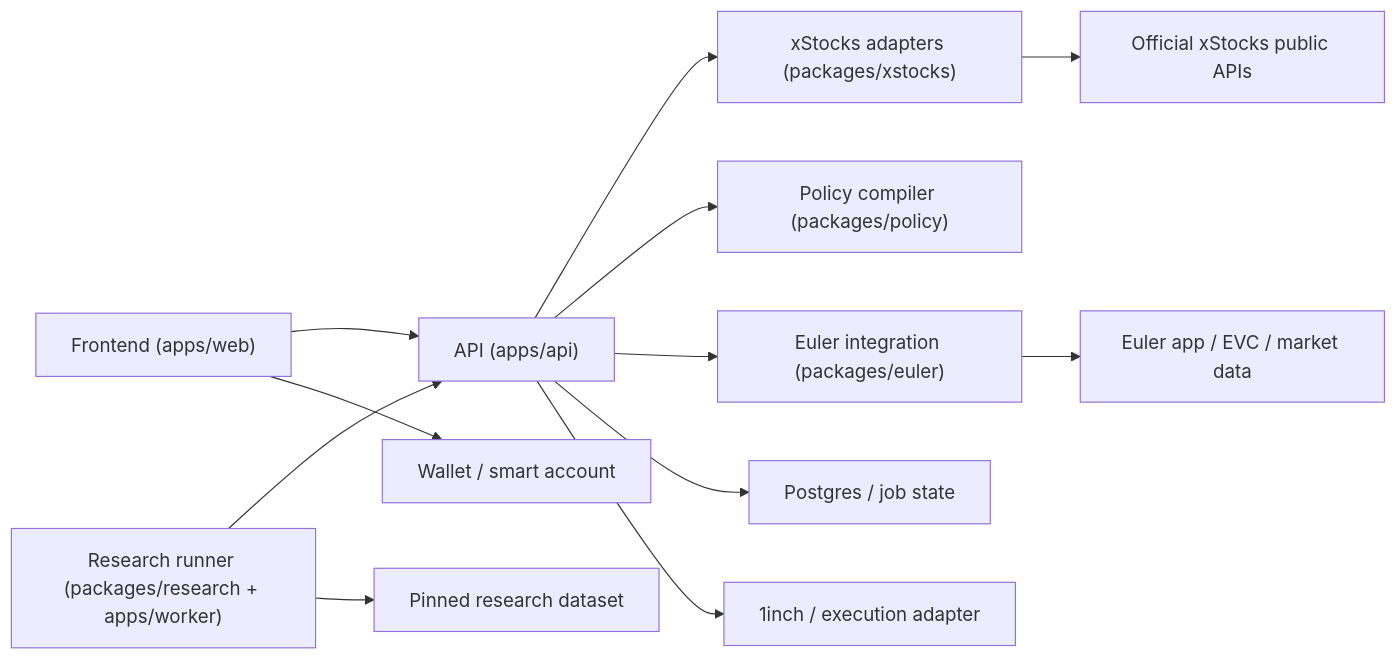
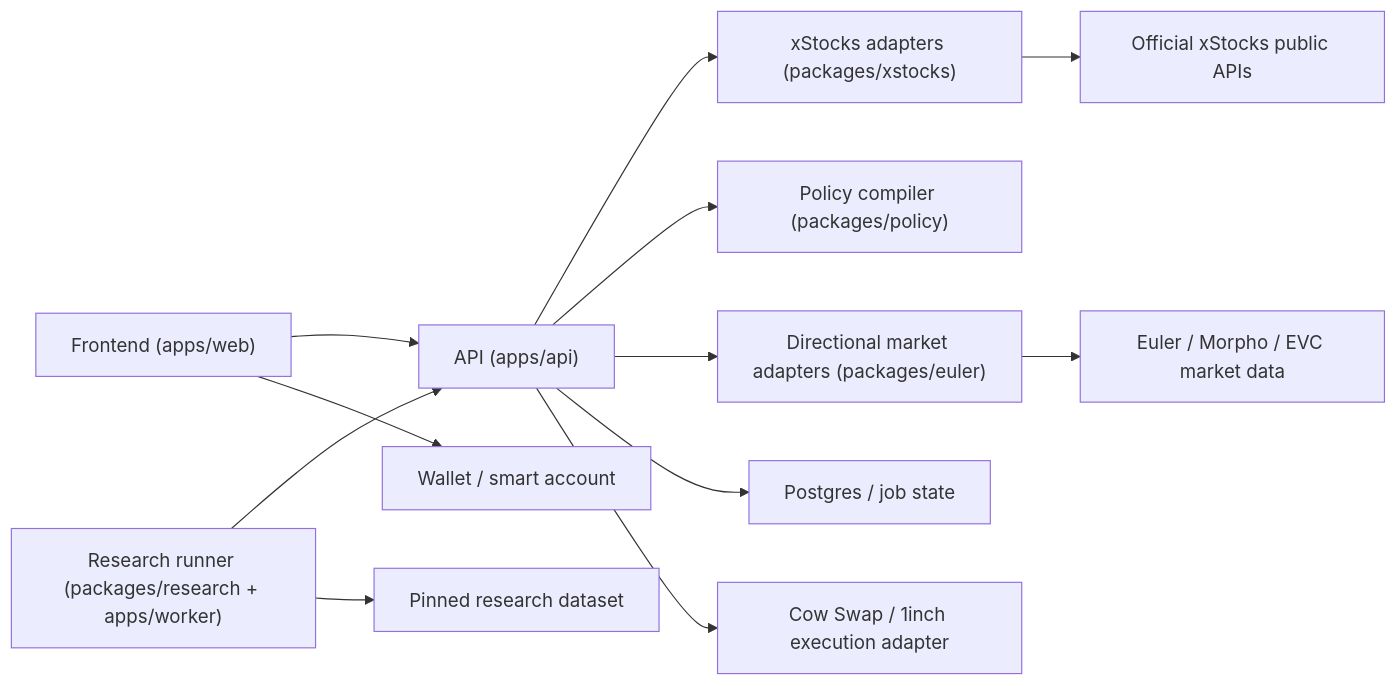
The first of 2 diagrams in README.md (twentyOne2x/xstocks-strategy-lab), drawn with Mermaid before and after one commit. The commit also changed other lines of this file and 14 other files, not shown here.

````diff
--- a/README.md
+++ b/README.md
@@ -44,14 +69,14 @@
 ```mermaid
 flowchart LR
     A["Frontend (apps/web)"] --> B["API (apps/api)"]
     B --> C["xStocks adapters (packages/xstocks)"]
     B --> D["Policy compiler (packages/policy)"]
-    B --> E["Euler integration (packages/euler)"]
+    B --> E["Directional market adapters (packages/euler)"]
     F["Research runner (packages/research + apps/worker)"] --> B
     F --> G["Pinned research dataset"]
     C --> H["Official xStocks public APIs"]
-    E --> I["Euler app / EVC / market data"]
+    E --> I["Euler / Morpho / EVC market data"]
     B --> J["Postgres / job state"]
     A --> K["Wallet / smart account"]
-    B --> L["1inch / execution adapter"]
+    B --> L["Cow Swap / 1inch execution adapter"]
 ```
````
